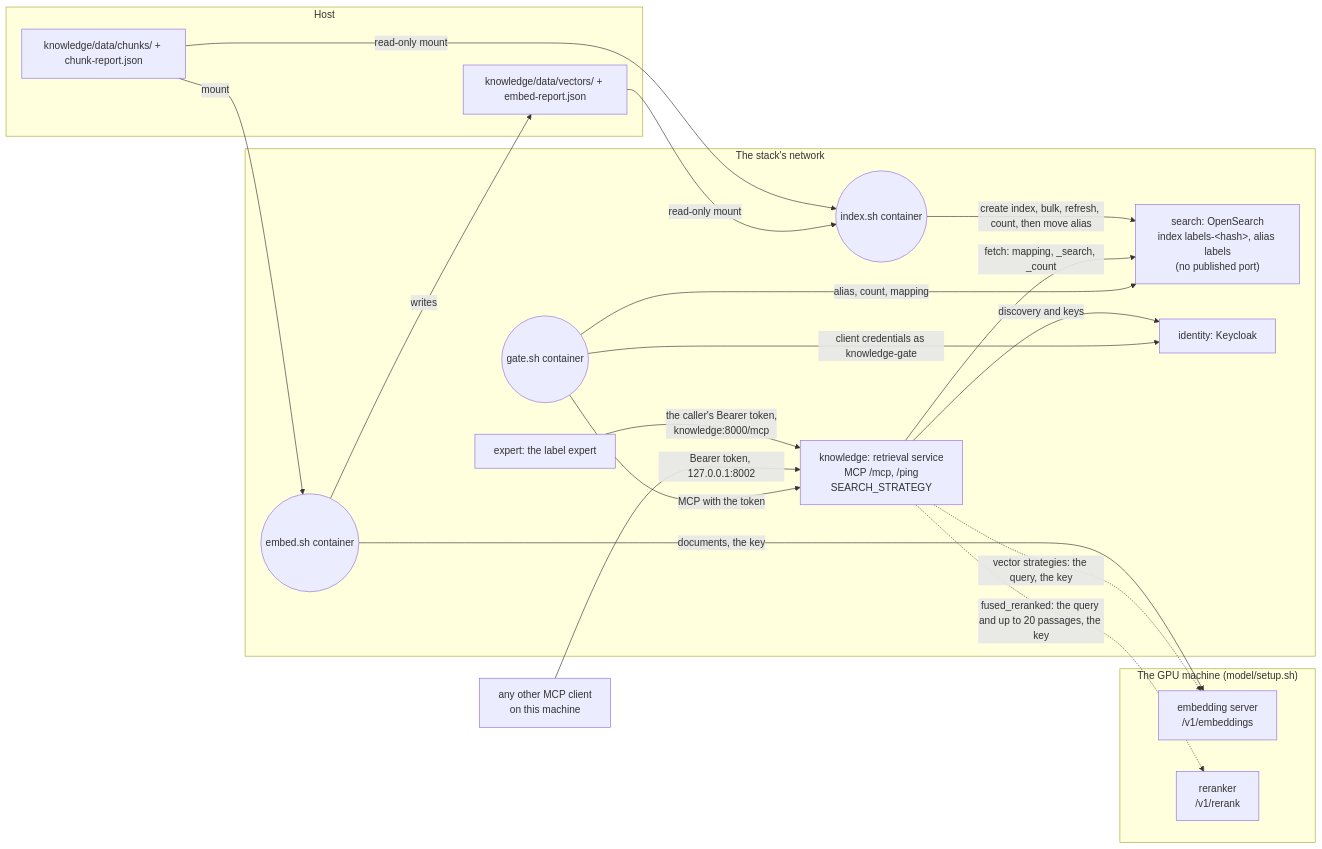
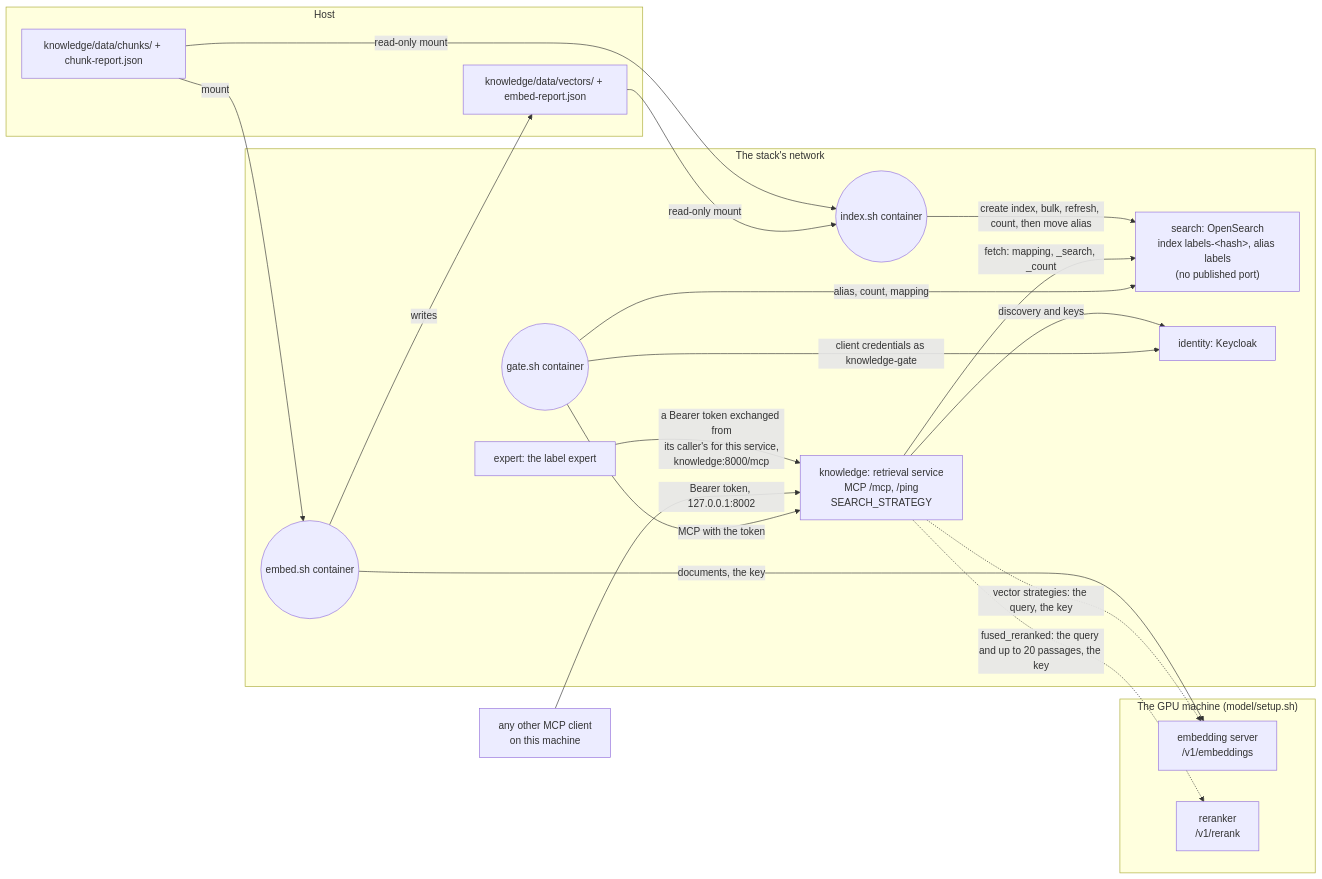
Before and after one commit to AndrewPHunter/ai-on-aws: the fifth of 5 diagrams in docs/architecture/knowledge.md, drawn with Mermaid. The commit also changed other lines of this file and 29 other files, not shown here.

````diff
--- a/docs/architecture/knowledge.md
+++ b/docs/architecture/knowledge.md
@@ -138,36 +138,36 @@
 ```mermaid
 flowchart LR
     subgraph Host
         CK["knowledge/data/chunks/ + chunk-report.json"]
         VK["knowledge/data/vectors/ + embed-report.json"]
     end
     subgraph Net["The stack's network"]
         EX(("embed.sh container"))
         IX(("index.sh container"))
         OS["search: OpenSearch<br/>index labels-&lt;hash&gt;, alias labels<br/>(no published port)"]
         RS["knowledge: retrieval service<br/>MCP /mcp, /ping<br/>SEARCH_STRATEGY"]
         ID["identity: Keycloak"]
         GT(("gate.sh container"))
         AG["expert: the label expert"]
     end
     subgraph GPU["The GPU machine (model/setup.sh)"]
         EM["embedding server<br/>/v1/embeddings"]
         RR["reranker<br/>/v1/rerank"]
     end
     MC["any other MCP client<br/>on this machine"]
     CK -- "mount" --> EX
     EX -- "documents, the key" --> EM
     EX -- "writes" --> VK
     CK -- "read-only mount" --> IX
     VK -- "read-only mount" --> IX
     IX -- "create index, bulk, refresh, count, then move alias" --> OS
-    AG -- "the caller's Bearer token,<br/>knowledge:8000/mcp" --> RS
+    AG -- "a Bearer token exchanged from<br/>its caller's for this service,<br/>knowledge:8000/mcp" --> RS
     MC -- "Bearer token, 127.0.0.1:8002" --> RS
     RS -- "discovery and keys" --> ID
     RS -- "fetch: mapping, _search, _count" --> OS
     RS -. "vector strategies: the query, the key" .-> EM
     RS -. "fused_reranked: the query and up to 20 passages, the key" .-> RR
     GT -- "client credentials as knowledge-gate" --> ID
     GT -- "MCP with the token" --> RS
     GT -- "alias, count, mapping" --> OS
 ```
````
